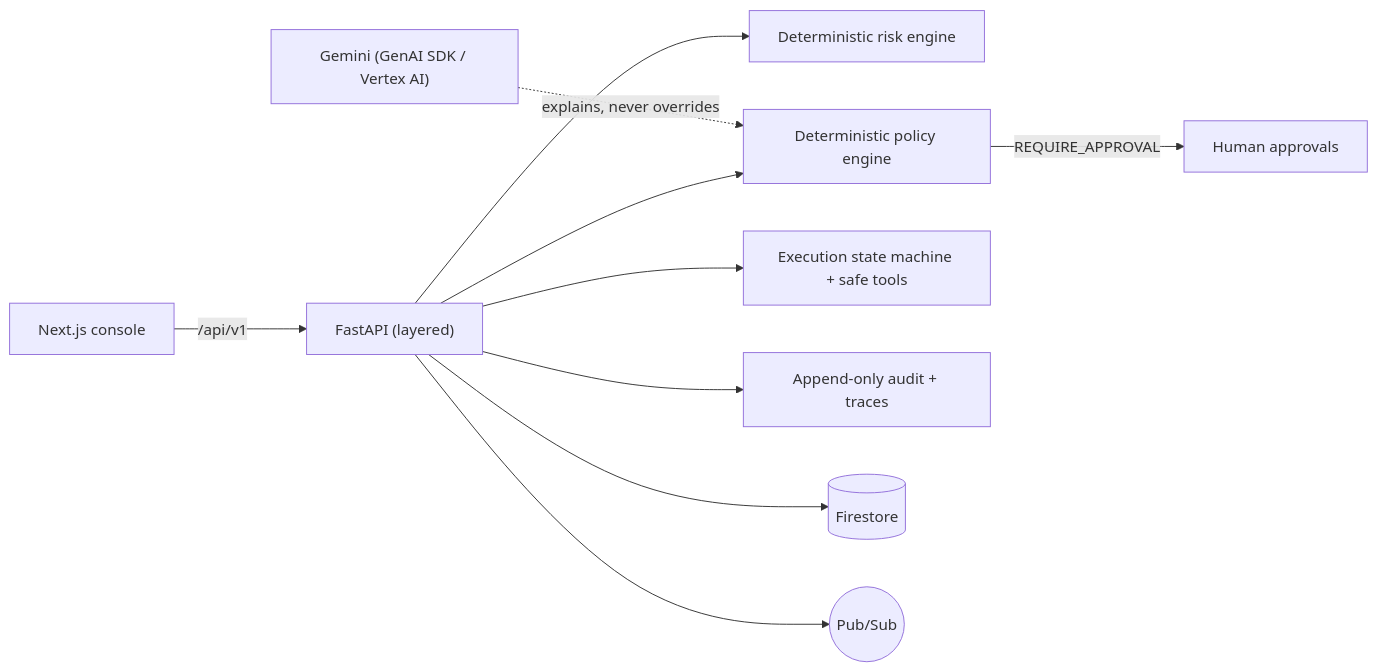
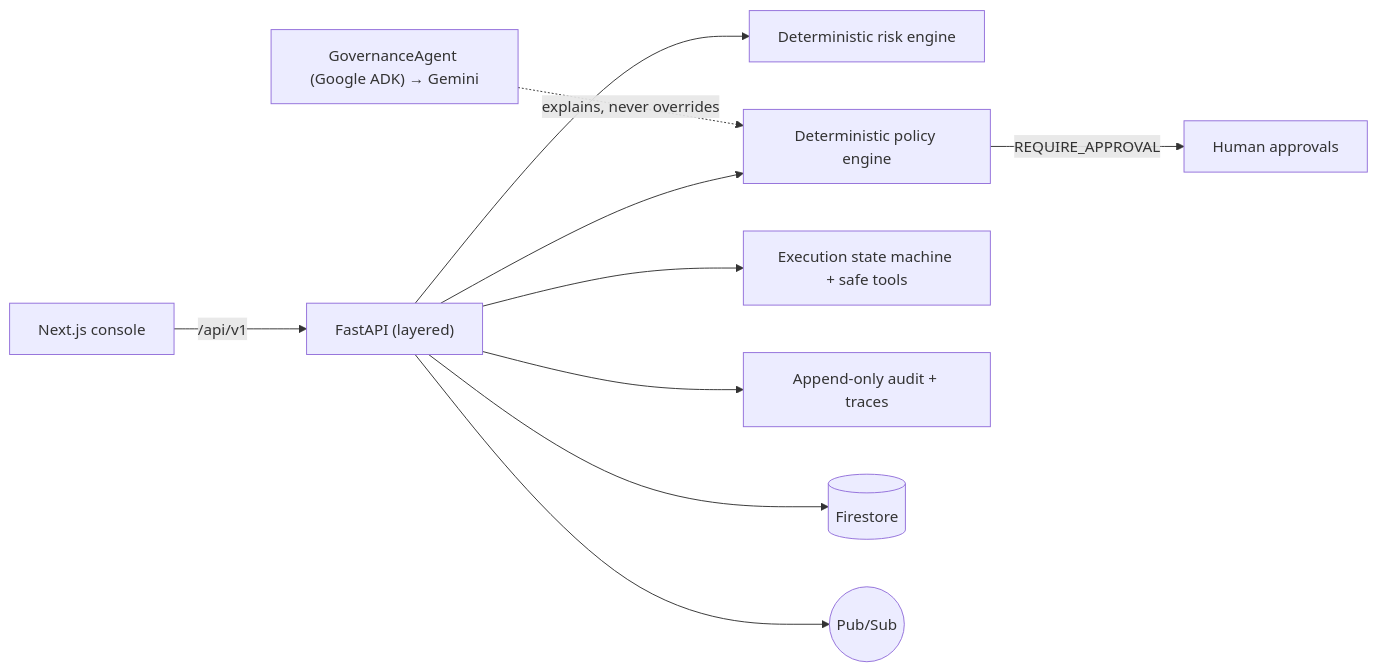
The diagram in README.md (datAgent77/swarmops-agentic), drawn with Mermaid before and after one commit. The commit also changed other lines of this file and 12 other files, not shown here.

First line of the commit message:
hardening: real Google ADK GovernanceAgent + doc consistency

````diff
--- a/README.md
+++ b/README.md
@@ -63,12 +67,12 @@
 ```mermaid
 flowchart LR
     UI["Next.js console"] -->|/api/v1| API["FastAPI (layered)"]
     API --> RISK["Deterministic risk engine"]
     API --> POL["Deterministic policy engine"]
     POL -->|REQUIRE_APPROVAL| HUM["Human approvals"]
     API --> EXEC["Execution state machine + safe tools"]
-    GEM["Gemini (GenAI SDK / Vertex AI)"] -. explains, never overrides .-> POL
+    GA["GovernanceAgent (Google ADK) → Gemini"] -. explains, never overrides .-> POL
     API --> AUD["Append-only audit + traces"]
     API --> FS[("Firestore")]
     API --> PS(("Pub/Sub"))
 ```
````
